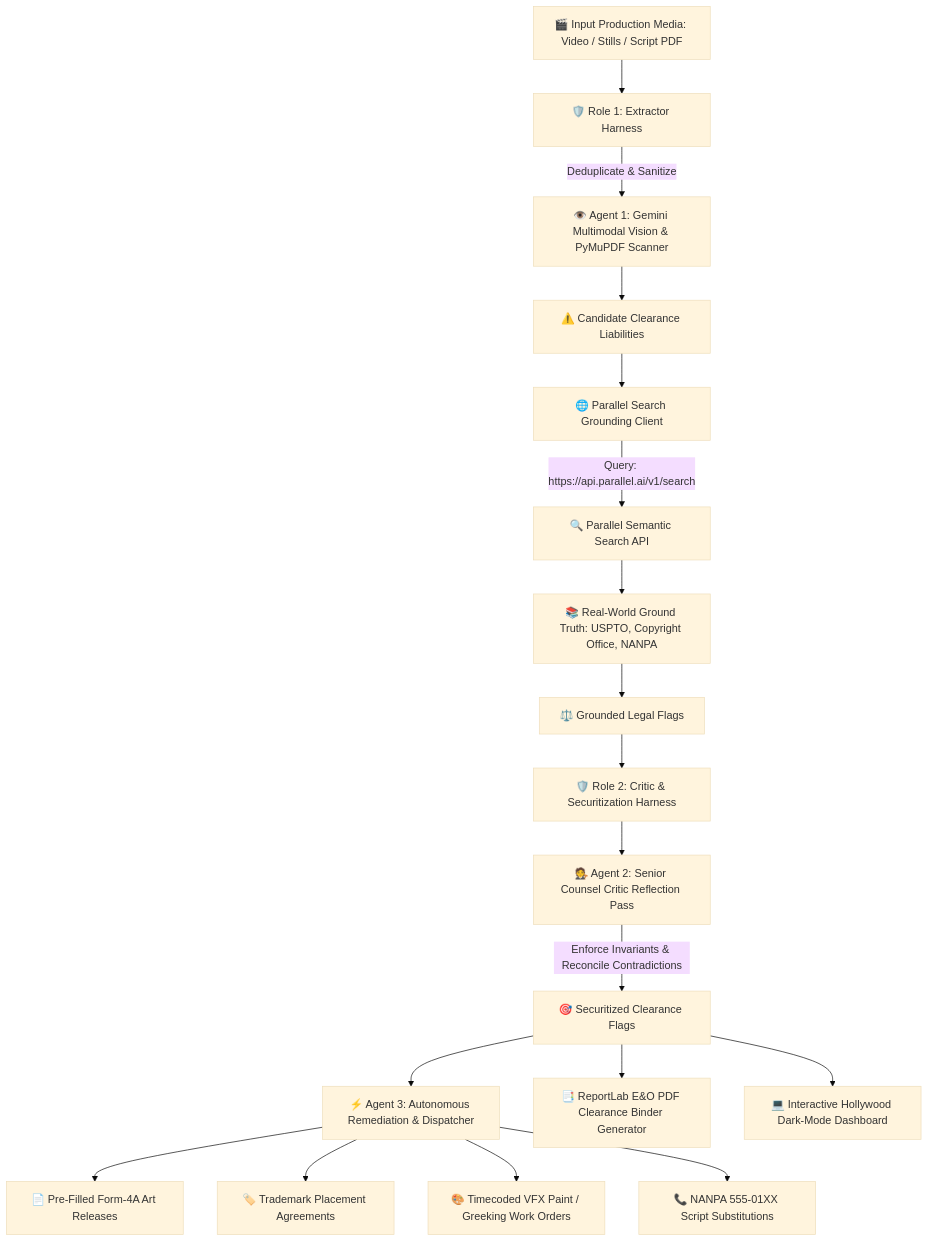
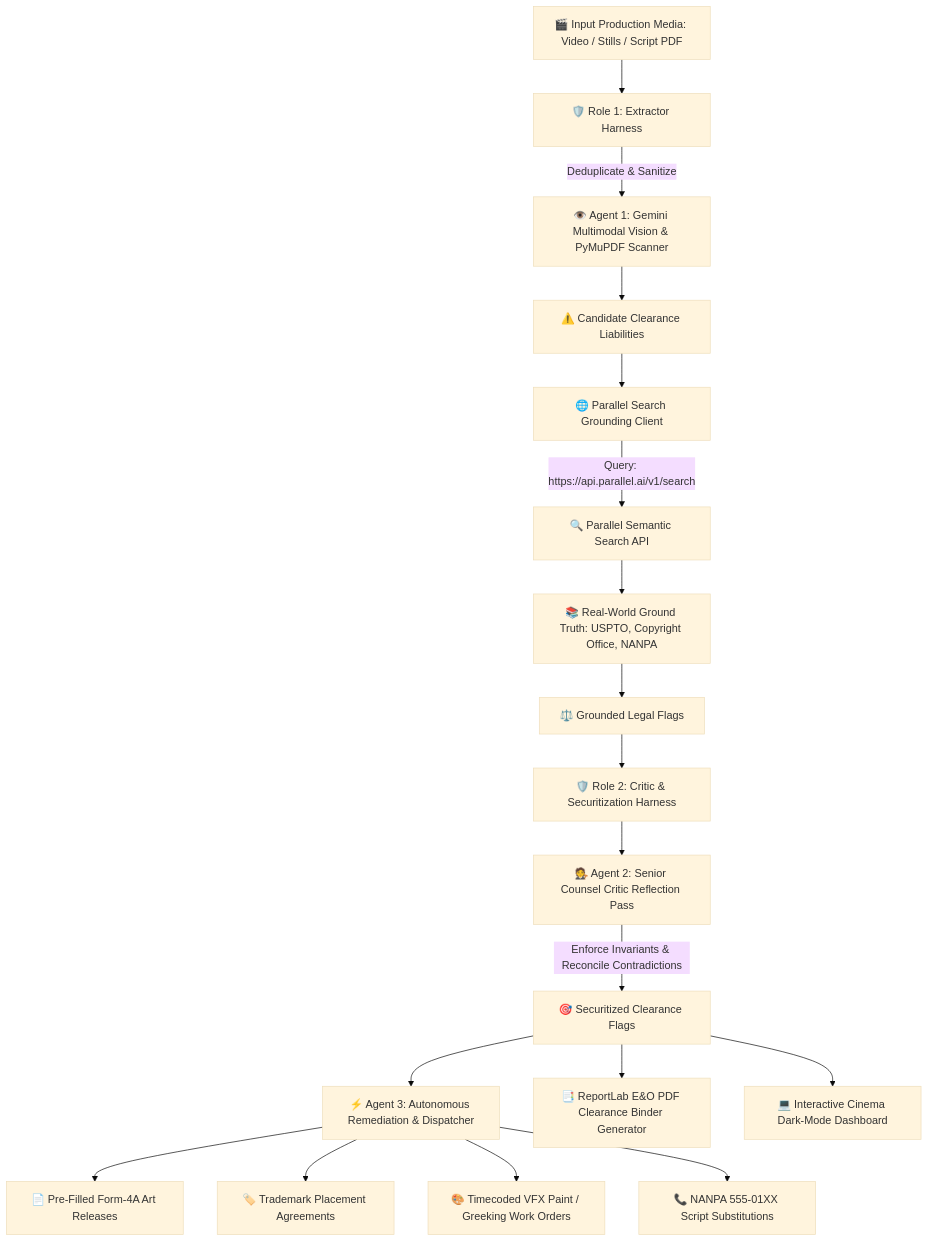
The diagram in APP_MAP.md (adamm285-dev/CineClear-AI), drawn with Mermaid (base theme) before and after one commit. The commit also changed other lines of this file and 17 other files, not shown here.

Commit message:
copy: replace Hollywood branding with cinema/production language

````diff
--- a/APP_MAP.md
+++ b/APP_MAP.md
@@ -9,26 +9,26 @@
 ```mermaid
 graph TD
     Media[🎬 Input Production Media: Video / Stills / Script PDF] --> ExtractorHarness[🛡️ Role 1: Extractor Harness]
     
     ExtractorHarness -->|Deduplicate & Sanitize| VisionAgent[👁️ Agent 1: Gemini Multimodal Vision & PyMuPDF Scanner]
     VisionAgent --> CandidateFlags[⚠️ Candidate Clearance Liabilities]
     
     CandidateFlags --> ParallelClient[🌐 Parallel Search Grounding Client]
     ParallelClient -->|Query: https://api.parallel.ai/v1/search| ParallelAPI[🔍 Parallel Semantic Search API]
     ParallelAPI --> RealWorldData[📚 Real-World Ground Truth: USPTO, Copyright Office, NANPA]
     RealWorldData --> GroundedFlags[⚖️ Grounded Legal Flags]
     
     GroundedFlags --> CriticHarness[🛡️ Role 2: Critic & Securitization Harness]
     CriticHarness --> CriticAgent[🧑‍⚖️ Agent 2: Senior Counsel Critic Reflection Pass]
     CriticAgent -->|Enforce Invariants & Reconcile Contradictions| SecuritizedFlags[🎯 Securitized Clearance Flags]
     
     SecuritizedFlags --> RemediationAgent[⚡ Agent 3: Autonomous Remediation & Dispatcher]
     
     RemediationAgent --> Form4A[📄 Pre-Filled Form-4A Art Releases]
     RemediationAgent --> TMReleases[🏷️ Trademark Placement Agreements]
     RemediationAgent --> VFXOrders[🎨 Timecoded VFX Paint / Greeking Work Orders]
     RemediationAgent --> ScriptFixes[📞 NANPA 555-01XX Script Substitutions]
     
     SecuritizedFlags --> ReportGenerator[📑 ReportLab E&O PDF Clearance Binder Generator]
-    SecuritizedFlags --> StudioDashboard[💻 Interactive Hollywood Dark-Mode Dashboard]
+    SecuritizedFlags --> StudioDashboard[💻 Interactive Cinema Dark-Mode Dashboard]
 ```
````
